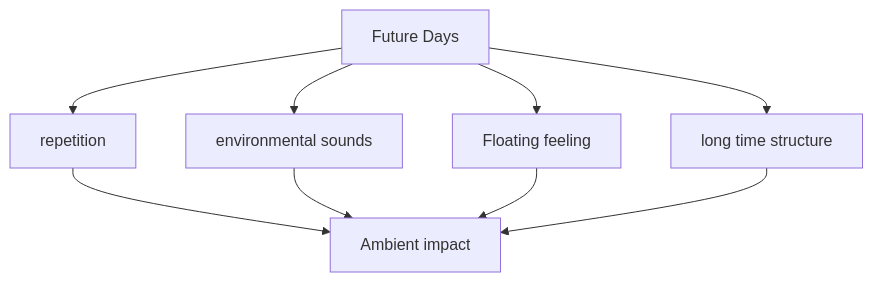
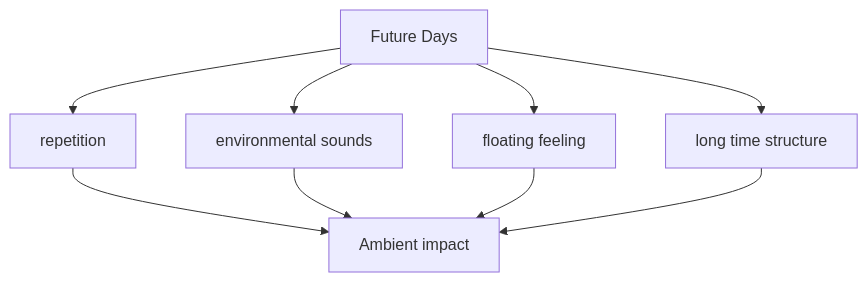
One commit to monumental-movement/monumental-movement.github.io changed the fourth of 8 diagrams in en/_posts/2026-05-16-column-holger-czukay.md. Above: the diagram before and after it, drawn with Mermaid. The commit also changed other lines of this file and 445 other files, not shown here.

```diff
--- a/en/_posts/2026-05-16-column-holger-czukay.md
+++ b/en/_posts/2026-05-16-column-holger-czukay.md
@@ -262,11 +262,11 @@
 <div class="mermaid">
 graph TD
 A[Future Days] --> B[repetition]
 A --> C[environmental sounds]
-A --> D[Floating feeling]
+A --> D[floating feeling]
 A --> E[long time structure]
 B --> F[Ambient impact]
 C --> F
 D --> F
 E --> F
 </div>
```
